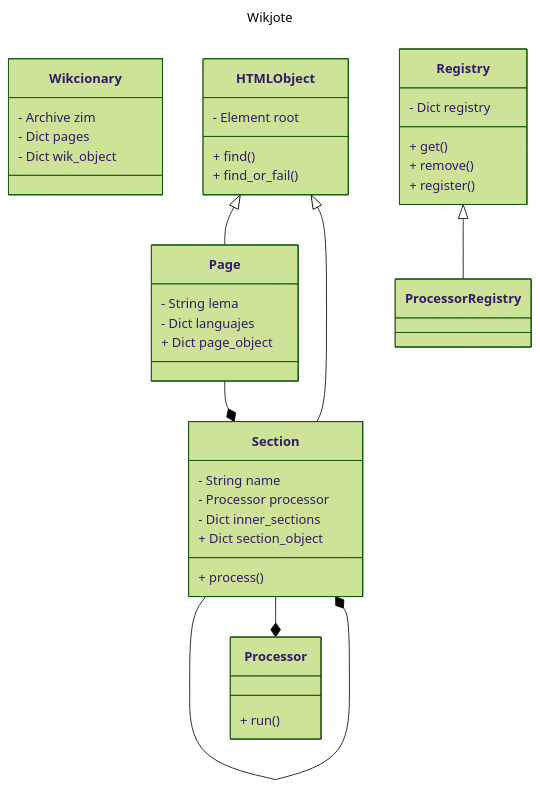
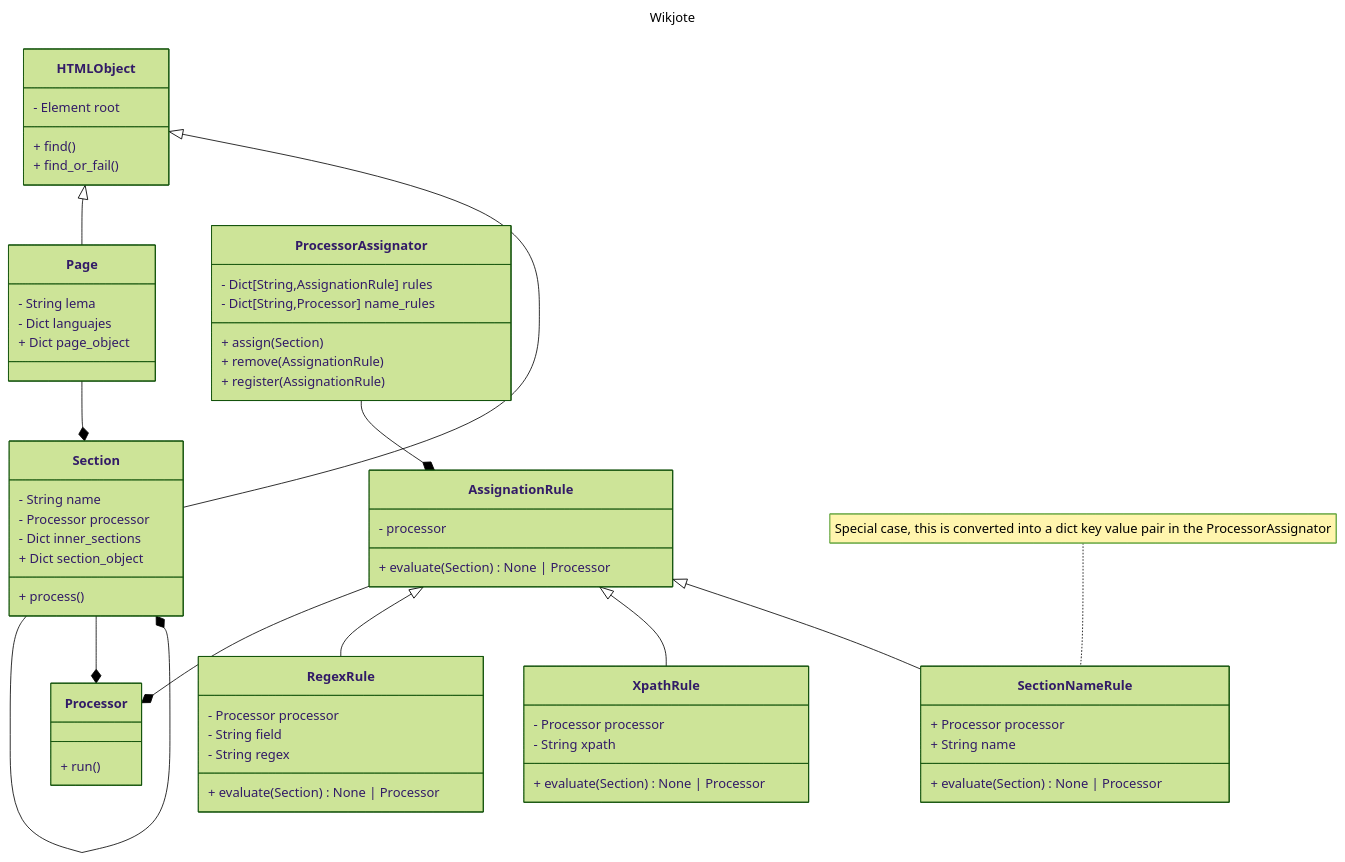
One commit to SrGnis/wikjote changed the diagram in uml/structure.md. Above: the diagram before and after it, drawn with Mermaid (forest theme). The commit also changed 18 other files, not shown here.

````diff
--- a/uml/structure.md
+++ b/uml/structure.md
@@ -4,12 +4,6 @@
 ---
 
 classDiagram
-    
-    class Wikcionary{
-        - Archive zim
-        - Dict pages
-        - Dict wik_object
-    }
 
     class HTMLObject{
         - Element root
@@ -38,15 +32,45 @@
         + run()
     }
 
-    class Registry{
-        - Dict registry
+    class ProcessorAssignator{
+        - Dict[String,AssignationRule] rules
+        - Dict[String,Processor] name_rules
         
-        + get()
-        + remove()
-        + register()
+        + assign(Section)
+        + remove(AssignationRule)
+        + register(AssignationRule)
     }
 
-    class ProcessorRegistry
+    class AssignationRule{
+        - processor
+
+        + evaluate(Section) None | Processor
+    }
+
+    class RegexRule{
+        - Processor processor
+        - String field
+        - String regex
+
+        + evaluate(Section) None | Processor
+    }
+
+    class XpathRule{
+        - Processor processor
+        - String xpath
+
+        + evaluate(Section) None | Processor
+    }
+
+    note for SectionNameRule "Special case, this is converted into a dict key value pair in the ProcessorAssignator" 
+    class SectionNameRule{
+        + Processor processor
+        + String name
+
+        + evaluate(Section) None | Processor
+    }
+
+
 
 
     HTMLObject <|-- Page
@@ -54,11 +78,14 @@
 
     Section --* Section
 
-
-
-    Registry  <|-- ProcessorRegistry
-
     Page --* Section
     Section --* Processor
 
+    ProcessorAssignator --* AssignationRule
+    AssignationRule --* Processor
+
+    AssignationRule <|-- RegexRule
+    AssignationRule <|-- XpathRule
+    AssignationRule <|-- SectionNameRule
+
 ```
````
